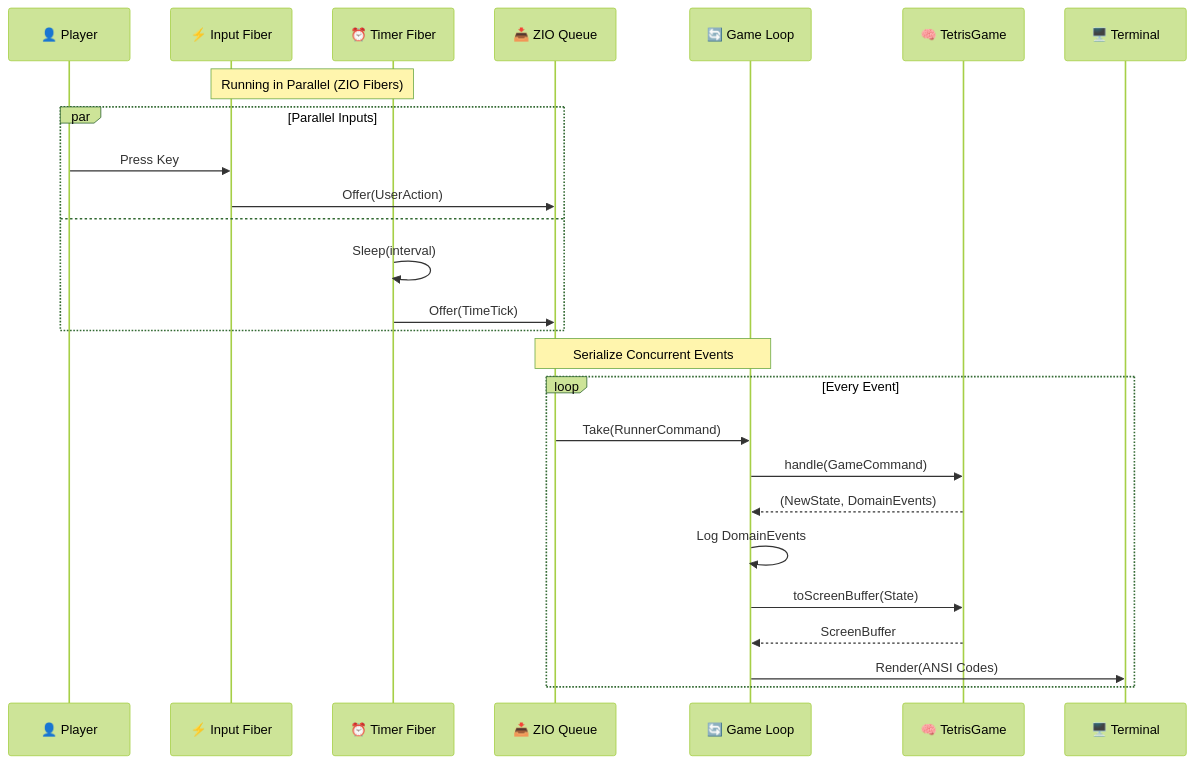
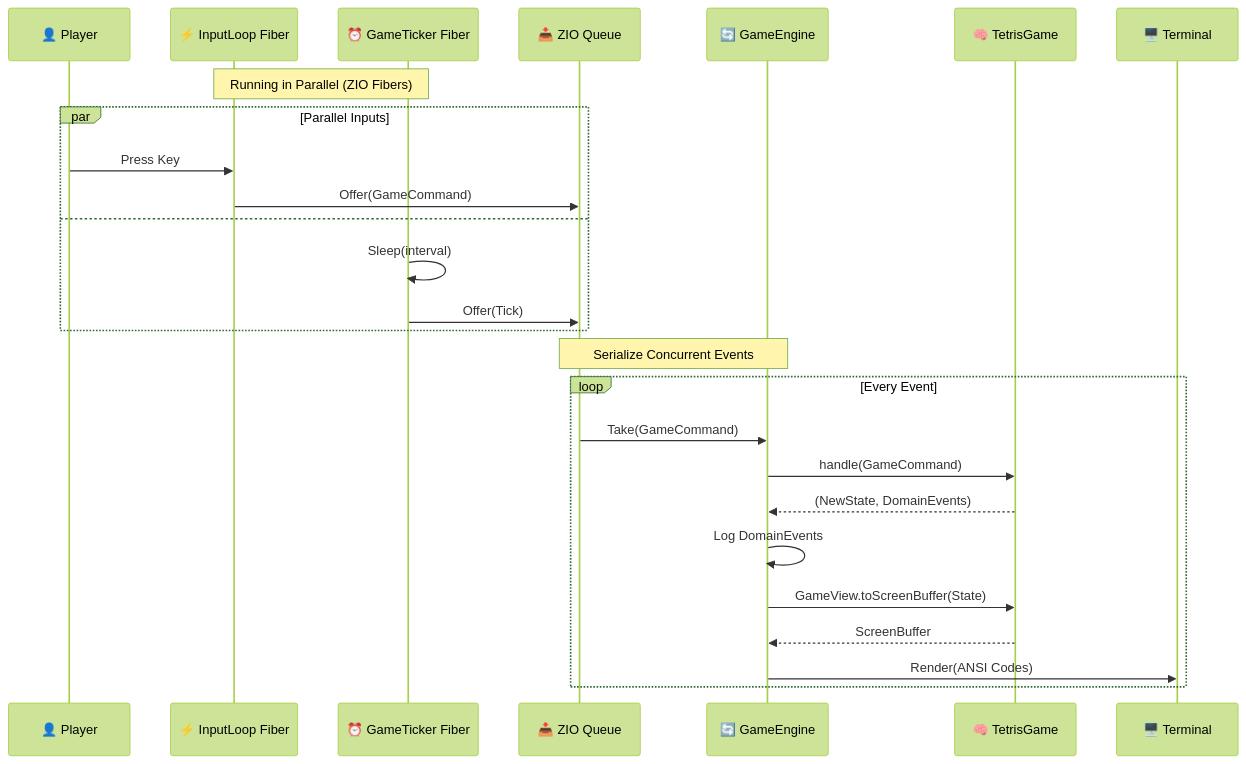
One commit to fffclaypool/monadris changed the third of 3 diagrams in README.md. Above: the diagram before and after it, drawn with Mermaid (forest theme). The commit also changed other lines of this file and 8 other files, not shown here.

First line of the commit message:
test: improve coverage for PieceQueue, TetrisGame, ActivePiece

````diff
--- a/README.md
+++ b/README.md
@@ -116,32 +150,32 @@
 ```mermaid
 sequenceDiagram
     participant User as 👤 Player
-    participant Input as ⚡ Input Fiber
-    participant Timer as ⏰ Timer Fiber
+    participant InputLoop as ⚡ InputLoop Fiber
+    participant GameTicker as ⏰ GameTicker Fiber
     participant Queue as 📥 ZIO Queue
-    participant GameLoop as 🔄 Game Loop
+    participant GameEngine as 🔄 GameEngine
     participant TetrisGame as 🧠 TetrisGame
     participant Screen as 🖥️ Terminal
 
-    Note over Input, Timer: Running in Parallel (ZIO Fibers)
+    Note over InputLoop, GameTicker: Running in Parallel (ZIO Fibers)
 
     par Parallel Inputs
-        User->>Input: Press Key
-        Input->>Queue: Offer(UserAction)
+        User->>InputLoop: Press Key
+        InputLoop->>Queue: Offer(GameCommand)
     and
-        Timer->>Timer: Sleep(interval)
-        Timer->>Queue: Offer(TimeTick)
+        GameTicker->>GameTicker: Sleep(interval)
+        GameTicker->>Queue: Offer(Tick)
     end
 
-    Note over Queue, GameLoop: Serialize Concurrent Events
+    Note over Queue, GameEngine: Serialize Concurrent Events
 
     loop Every Event
-        Queue->>GameLoop: Take(RunnerCommand)
-        GameLoop->>TetrisGame: handle(GameCommand)
-        TetrisGame-->>GameLoop: (NewState, DomainEvents)
-        GameLoop->>GameLoop: Log DomainEvents
-        GameLoop->>TetrisGame: toScreenBuffer(State)
-        TetrisGame-->>GameLoop: ScreenBuffer
-        GameLoop->>Screen: Render(ANSI Codes)
+        Queue->>GameEngine: Take(GameCommand)
+        GameEngine->>TetrisGame: handle(GameCommand)
+        TetrisGame-->>GameEngine: (NewState, DomainEvents)
+        GameEngine->>GameEngine: Log DomainEvents
+        GameEngine->>TetrisGame: GameView.toScreenBuffer(State)
+        TetrisGame-->>GameEngine: ScreenBuffer
+        GameEngine->>Screen: Render(ANSI Codes)
     end
 ```
````
